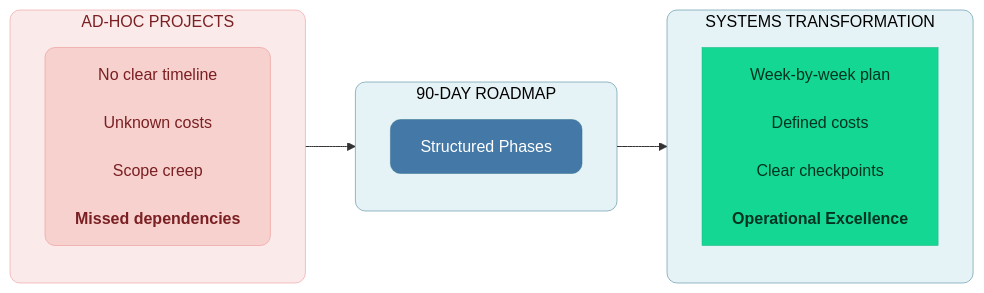
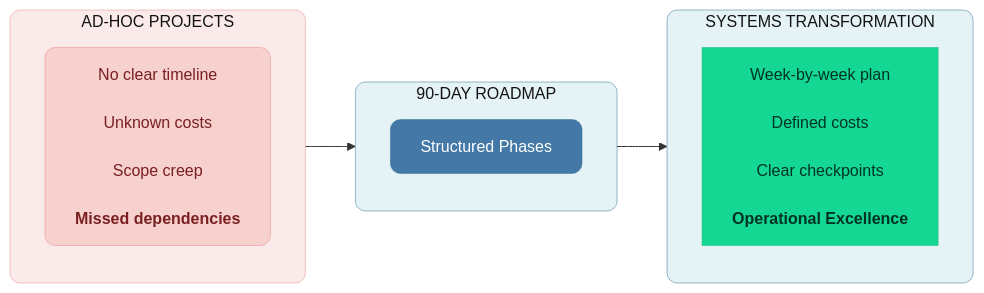
The first of 7 diagrams in manuscript/11_chapter_10_week_by_week_implementation.md (saitejesh-cyber/trust-before-intelligence-book), drawn with Mermaid before and after one commit. The commit also changed other lines of this file and 12 other files, not shown here.

````diff
--- a/manuscript/11_chapter_10_week_by_week_implementation.md
+++ b/manuscript/11_chapter_10_week_by_week_implementation.md
@@ -9,28 +9,28 @@
 ```mermaid
 
 graph LR
     subgraph BEFORE["AD-HOC PROJECTS"]
         direction TB
         B1["No clear timeline<br/><br/>Unknown costs<br/><br/>Scope creep<br/><br/><b>Missed dependencies</b>"]
     end
     
     subgraph TRANSFORM["90-DAY ROADMAP"]
         direction TB
         T1["Structured Phases"]
     end
 
     subgraph AFTER["SYSTEMS TRANSFORMATION"]
         direction TB
         A1["Week-by-week plan<br/><br/>Defined costs<br/><br/>Clear checkpoints<br/><br/><b>Operational Excellence</b>"]
     end
     
     BEFORE --> TRANSFORM --> AFTER
     
-    style BEFORE fill:#FBEAEA,stroke:#EB898B,stroke-width:0.5px,color:#7A1F22,rx:10,ry:10
+    style BEFORE fill:#FBEAEA,stroke:#EB898B,stroke-width:0.5px,color:#121212,rx:10,ry:10
     style B1 fill:#F6D1CE,stroke:#EB898B,stroke-width:0.5px,color:#7A1F22,rx:10,ry:10
-    style TRANSFORM fill:#E6F3F6,stroke:#32738C,stroke-width:0.5px,color:#000000,rx:10,ry:10
+    style TRANSFORM fill:#E6F3F6,stroke:#32738C,stroke-width:0.5px,color:#121212,rx:10,ry:10
     style T1 fill:#4478A6,stroke:#32738C,stroke-width:0.5px,color:#ffffff,rx:10,ry:10
-    style AFTER fill:#E6F3F6,stroke:#32738C,stroke-width:0.5px,color:#000000,rx:10,ry:10
+    style AFTER fill:#E6F3F6,stroke:#32738C,stroke-width:0.5px,color:#121212,rx:10,ry:10
     style A1 fill:#14D793,stroke:#0FB67D,stroke-width:0.5px,color:#003322
 
 ```
````
